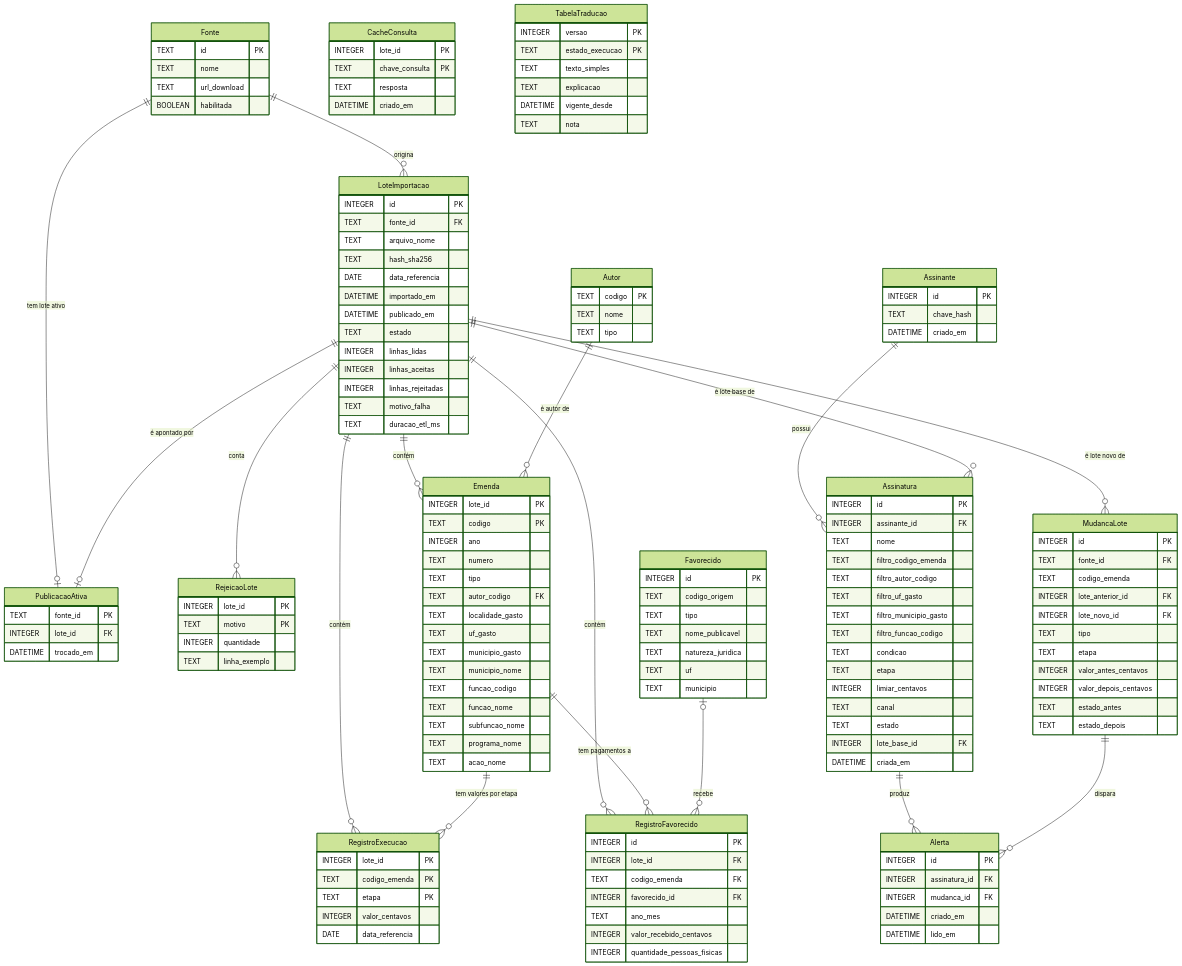
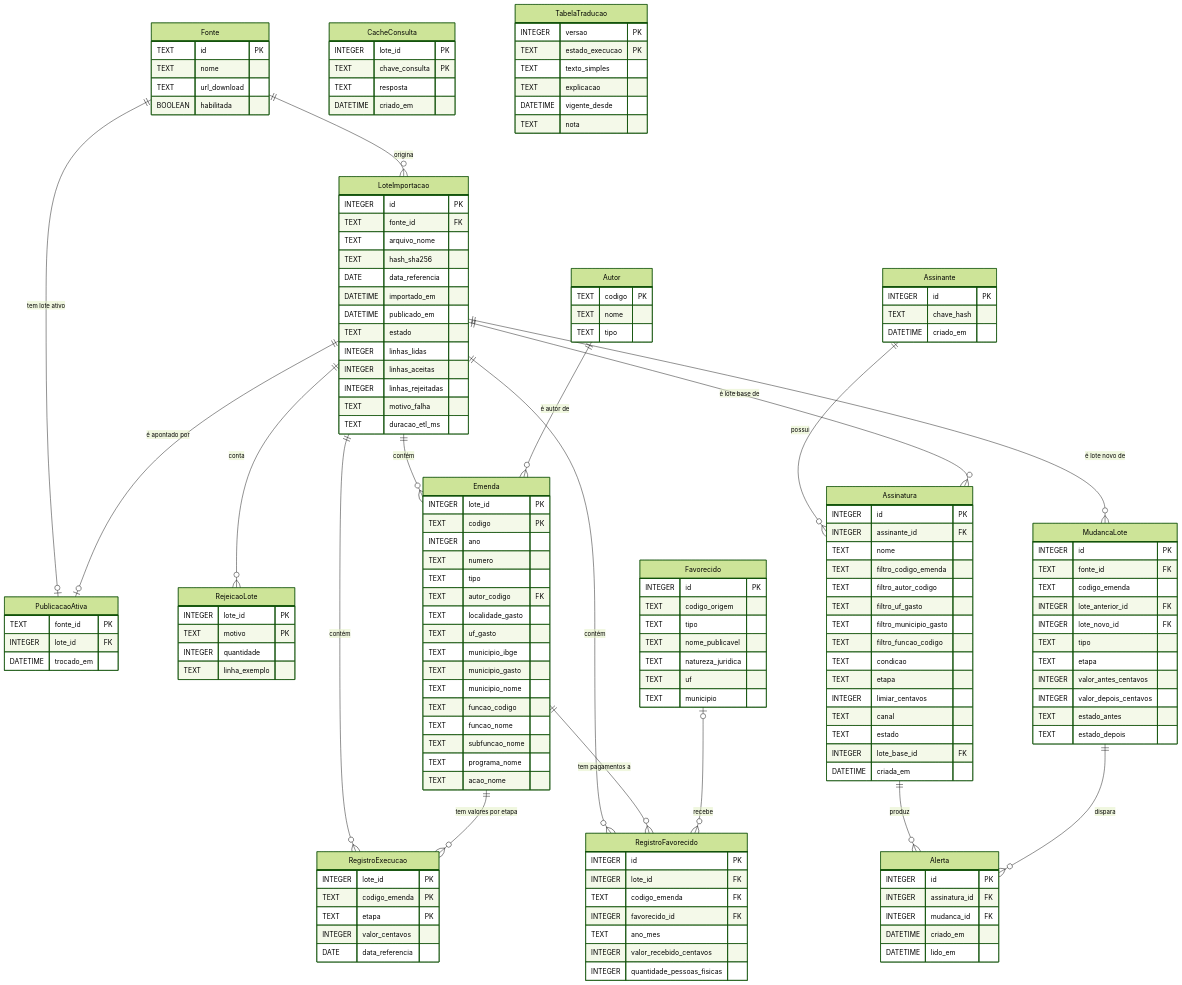
The diagram in especificacoes/joao-vitor/arquitetura/contratos/modelo-de-dados.md (jvchaaves/rastro), drawn with Mermaid (forest theme) before and after one commit. The commit also changed other lines of this file and 11 other files, not shown here.

```diff
--- a/especificacoes/joao-vitor/arquitetura/contratos/modelo-de-dados.md
+++ b/especificacoes/joao-vitor/arquitetura/contratos/modelo-de-dados.md
@@ -69,6 +69,7 @@
         TEXT autor_codigo FK
         TEXT localidade_gasto
         TEXT uf_gasto
+        TEXT municipio_ibge
         TEXT municipio_gasto
         TEXT municipio_nome
         TEXT funcao_codigo
```
